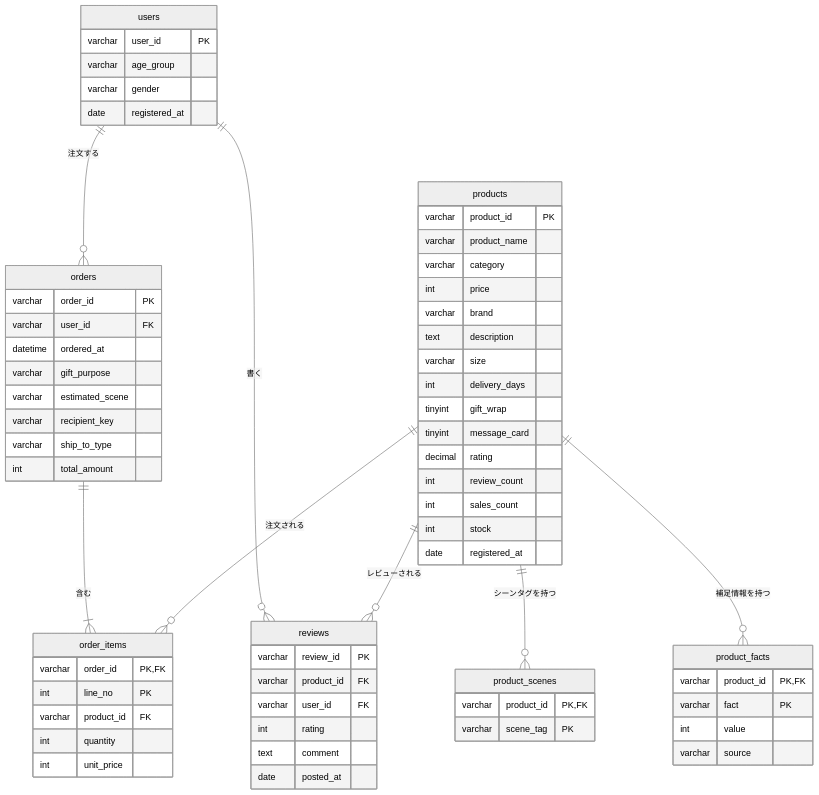
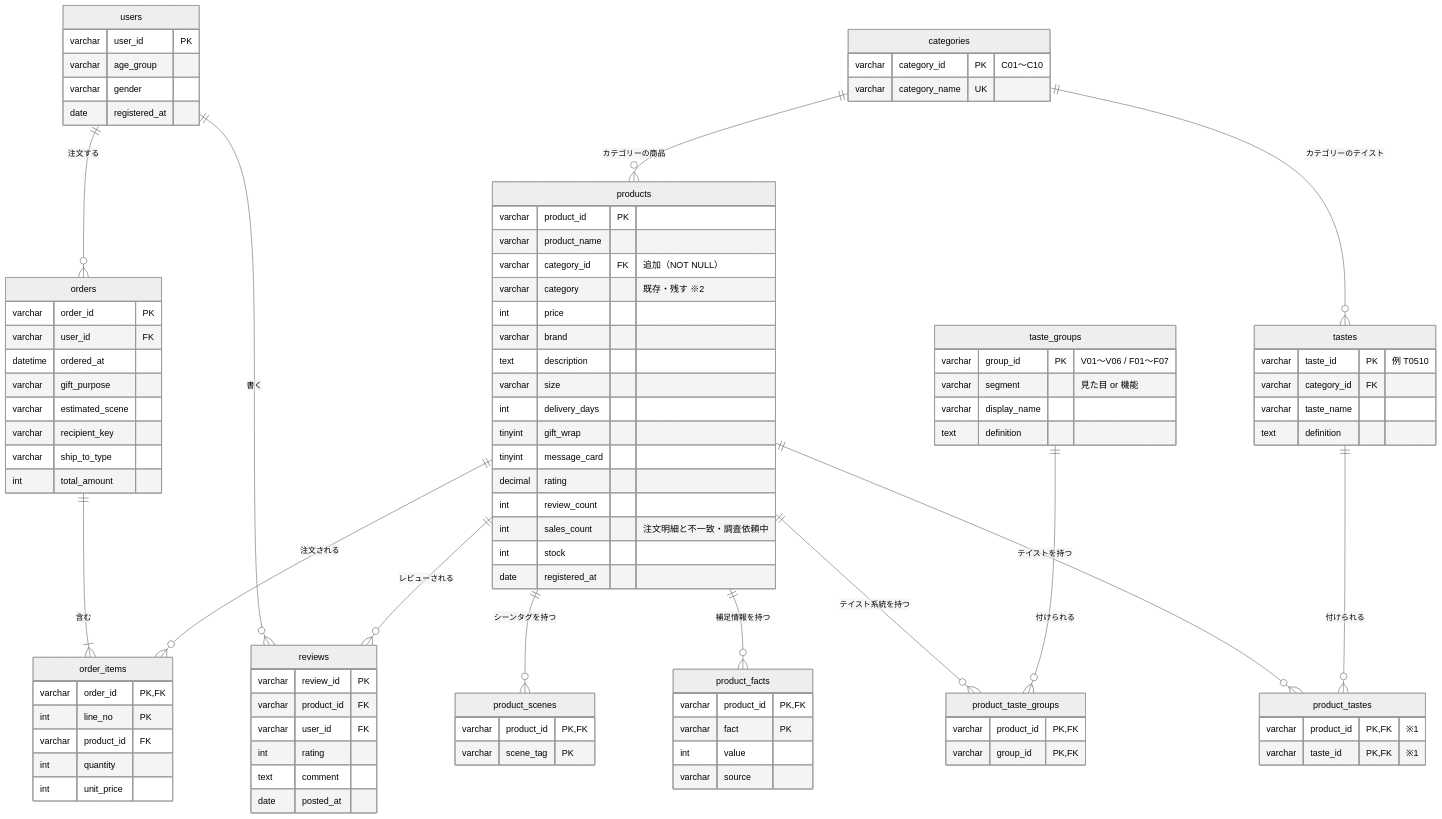
Before and after one commit to Ryuji-Itagaki/techzero-3-1: the diagram in docs/er.md, drawn with Mermaid (neutral theme). The commit also changed other lines of this file, not shown here.

Commit message:
ER図を最新に更新

```diff
--- a/docs/er.md
+++ b/docs/er.md
@@ -12,6 +12,12 @@
     products ||--o{ reviews : "レビューされる"
     products ||--o{ product_scenes : "シーンタグを持つ"
     products ||--o{ product_facts : "補足情報を持つ"
+    categories ||--o{ products : "カテゴリーの商品"
+    categories ||--o{ tastes : "カテゴリーのテイスト"
+    products ||--o{ product_taste_groups : "テイスト系統を持つ"
+    taste_groups ||--o{ product_taste_groups : "付けられる"
+    products ||--o{ product_tastes : "テイストを持つ"
+    tastes ||--o{ product_tastes : "付けられる"
 
     users {
         varchar user_id PK
@@ -42,7 +48,8 @@
     products {
         varchar product_id PK
         varchar product_name
-        varchar category
+        varchar category_id FK "追加（NOT NULL）"
+        varchar category "既存・残す ※2"
         int price
         varchar brand
         text description
@@ -52,7 +59,7 @@
         tinyint message_card
         decimal rating
         int review_count
-        int sales_count
+        int sales_count "注文明細と不一致・調査依頼中"
         int stock
         date registered_at
     }
@@ -69,6 +76,35 @@
         varchar source
     }
 
+    categories {
+        varchar category_id PK "C01〜C10"
+        varchar category_name UK
+    }
+
+    taste_groups {
+        varchar group_id PK "V01〜V06 / F01〜F07"
+        varchar segment "見た目 or 機能"
+        varchar display_name
+        text definition
+    }
+
+    tastes {
+        varchar taste_id PK "例 T0510"
+        varchar category_id FK
+        varchar taste_name
+        text definition
+    }
+
+    product_taste_groups {
+        varchar product_id PK, FK
+        varchar group_id PK, FK
+    }
+
+    product_tastes {
+        varchar product_id PK, FK "※1"
+        varchar taste_id PK, FK "※1"
+    }
+
     reviews {
         varchar review_id PK
         varchar product_id FK
```
